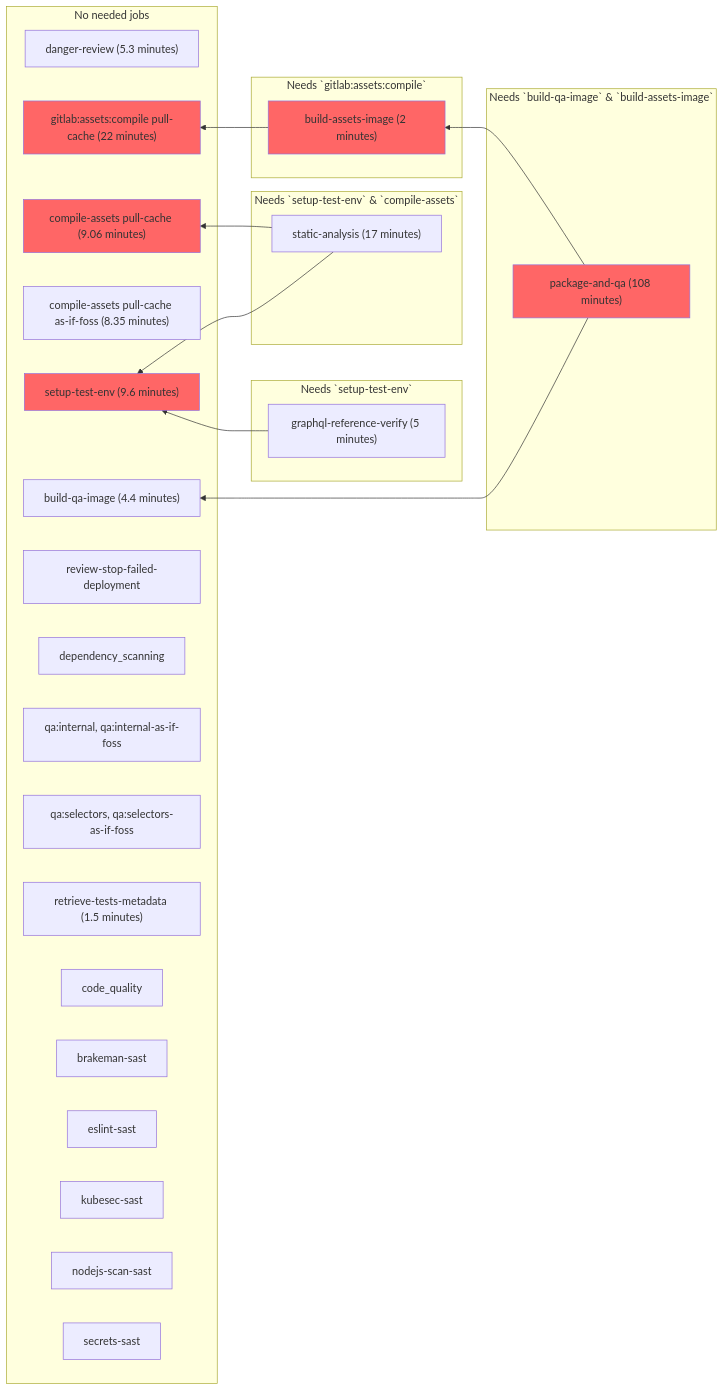
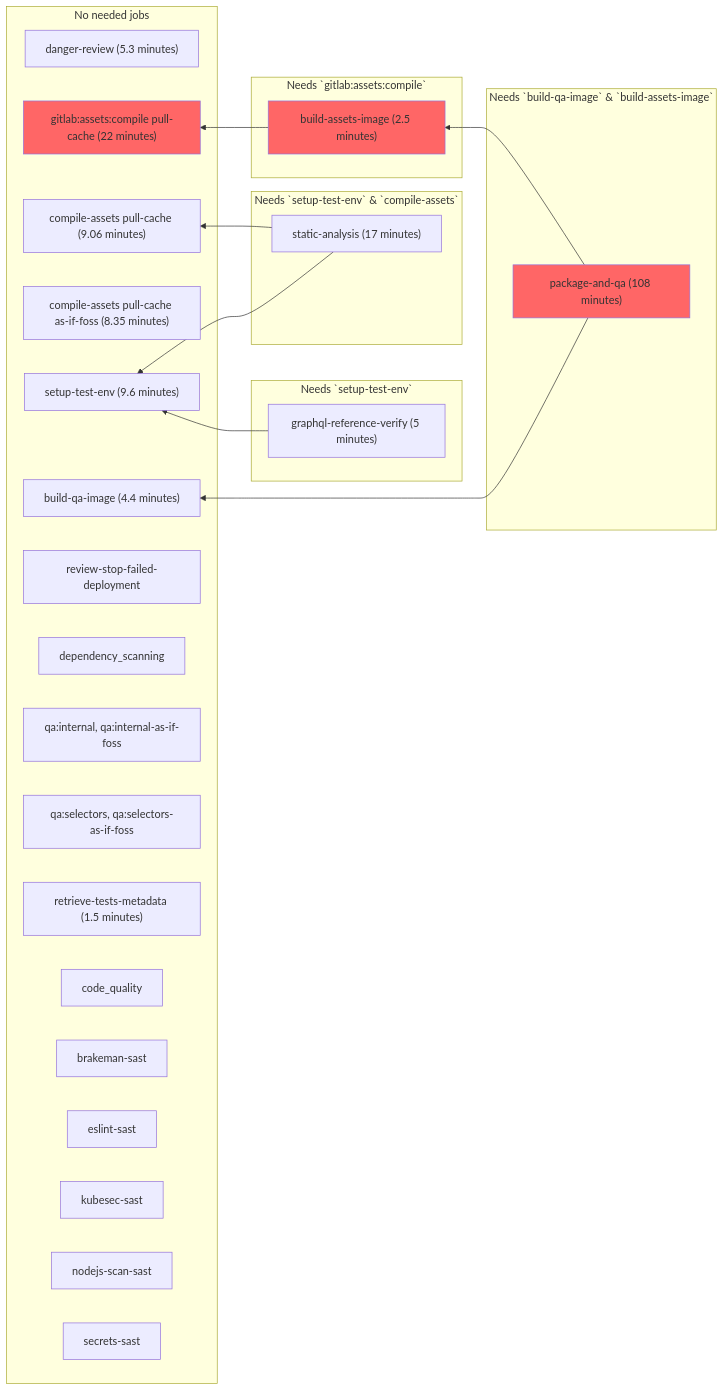
Before and after one commit to nickbrandt/GitLab: the fourth of 4 diagrams in doc/development/pipelines.md, drawn with Mermaid. The commit also changed other lines of this file and 1 other file, not shown here.

First line of the commit message:
Make 'package-and-qa' actually depending on 'build-assets-image'

````diff
--- a/doc/development/pipelines.md
+++ b/doc/development/pipelines.md
@@ -451,60 +451,58 @@
 ```mermaid
 graph RL;
   classDef criticalPath fill:#f66;
 
   subgraph "No needed jobs";
     1-1["danger-review (5.3 minutes)"];
     click 1-1 "https://app.periscopedata.com/app/gitlab/652085/Engineering-Productivity---Pipeline-Build-Durations?widget=8100542&udv=0"
     1-2["build-qa-image (4.4 minutes)"];
     click 1-2 "https://app.periscopedata.com/app/gitlab/652085/Engineering-Productivity---Pipeline-Build-Durations?widget=6914325&udv=0"
     1-3["compile-assets pull-cache (9.06 minutes)"];
     click 1-3 "https://app.periscopedata.com/app/gitlab/652085/Engineering-Productivity---Pipeline-Build-Durations?widget=6914317&udv=0"
     1-4["compile-assets pull-cache as-if-foss (8.35 minutes)"];
     click 1-4 "https://app.periscopedata.com/app/gitlab/652085/Engineering-Productivity---Pipeline-Build-Durations?widget=8356616&udv=0"
     1-5["gitlab:assets:compile pull-cache (22 minutes)"];
     click 1-5 "https://app.periscopedata.com/app/gitlab/652085/Engineering-Productivity---Pipeline-Build-Durations?widget=6914312&udv=0"
     1-6["setup-test-env (9.6 minutes)"];
     click 1-6 "https://app.periscopedata.com/app/gitlab/652085/Engineering-Productivity---Pipeline-Build-Durations?widget=6914315&udv=0"
     1-7["review-stop-failed-deployment"];
     1-8["dependency_scanning"];
     1-9["qa:internal, qa:internal-as-if-foss"];
     1-11["qa:selectors, qa:selectors-as-if-foss"];
     1-14["retrieve-tests-metadata (1.5 minutes)"];
     click 1-14 "https://app.periscopedata.com/app/gitlab/652085/Engineering-Productivity---Pipeline-Build-Durations?widget=8356697&udv=0"
     1-15["code_quality"];
     1-16["brakeman-sast"];
     1-17["eslint-sast"];
     1-18["kubesec-sast"];
     1-19["nodejs-scan-sast"];
     1-20["secrets-sast"];
 
-    class 1-3 criticalPath;
     class 1-5 criticalPath;
-    class 1-6 criticalPath;
   end
 
   2_1-1["graphql-reference-verify (5 minutes)"];
   click 2_1-1 "https://app.periscopedata.com/app/gitlab/652085/Engineering-Productivity---Pipeline-Build-Durations?widget=8356715&udv=0"
-
   subgraph "Needs `setup-test-env`";
     2_1-1 --> 1-6;
   end
 
   2_2-1["static-analysis (17 minutes)"];
   click 2_2-1 "https://app.periscopedata.com/app/gitlab/652085/Engineering-Productivity---Pipeline-Build-Durations?widget=6914471&udv=0"
-
   subgraph "Needs `setup-test-env` & `compile-assets`";
     2_2-1 --> 1-6 & 1-3;
   end
 
+  2_3-1["build-assets-image (2.5 minutes)"];
   subgraph "Needs `gitlab:assets:compile`";
-    2_3-1["build-assets-image (2 minutes)"] --> 1-5
+    2_3-1 --> 1-5
     class 2_3-1 criticalPath;
   end
 
+  2_4-1["package-and-qa (108 minutes)"];
   subgraph "Needs `build-qa-image` & `build-assets-image`";
-    2_4-1["package-and-qa (108 minutes)"] --> 1-2 & 2_3-1;
+    2_4-1 --> 1-2 & 2_3-1;
     class 2_4-1 criticalPath;
     click 2_4-1 "https://app.periscopedata.com/app/gitlab/652085/Engineering-Productivity---Pipeline-Build-Durations?widget=6914305&udv=0"
   end
 ```
````
